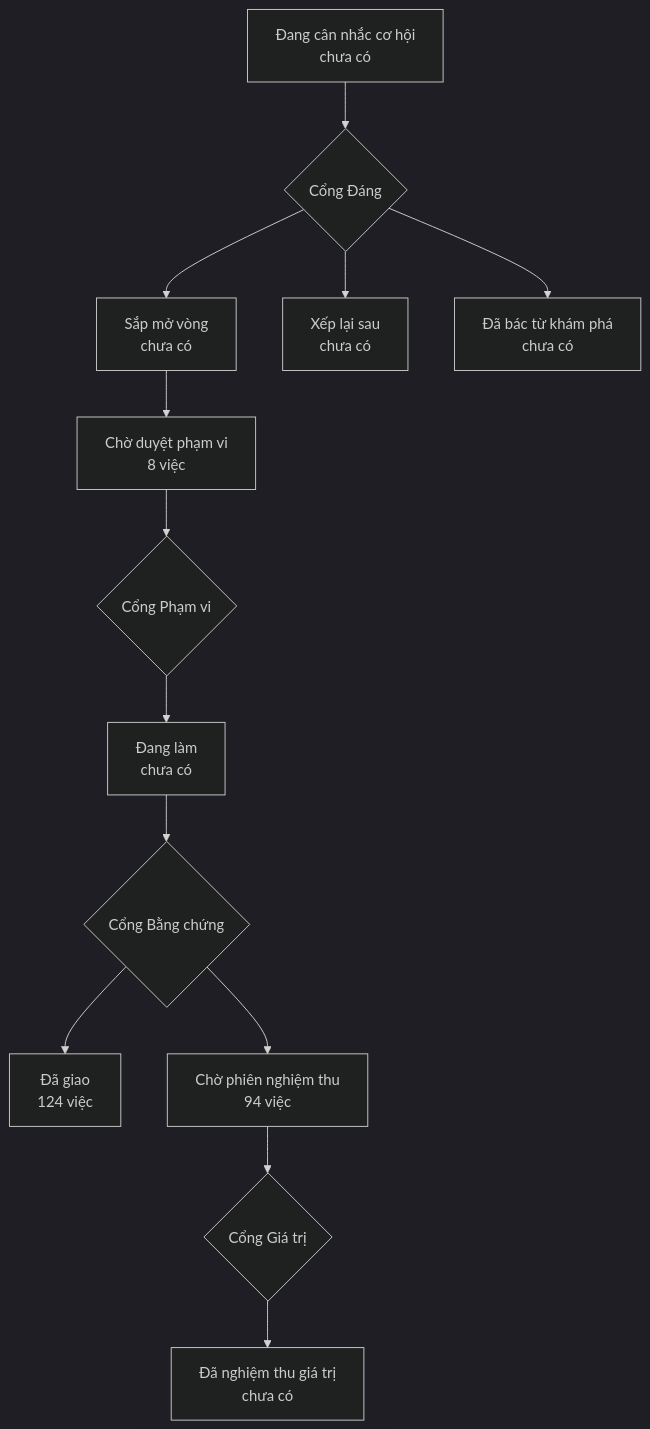
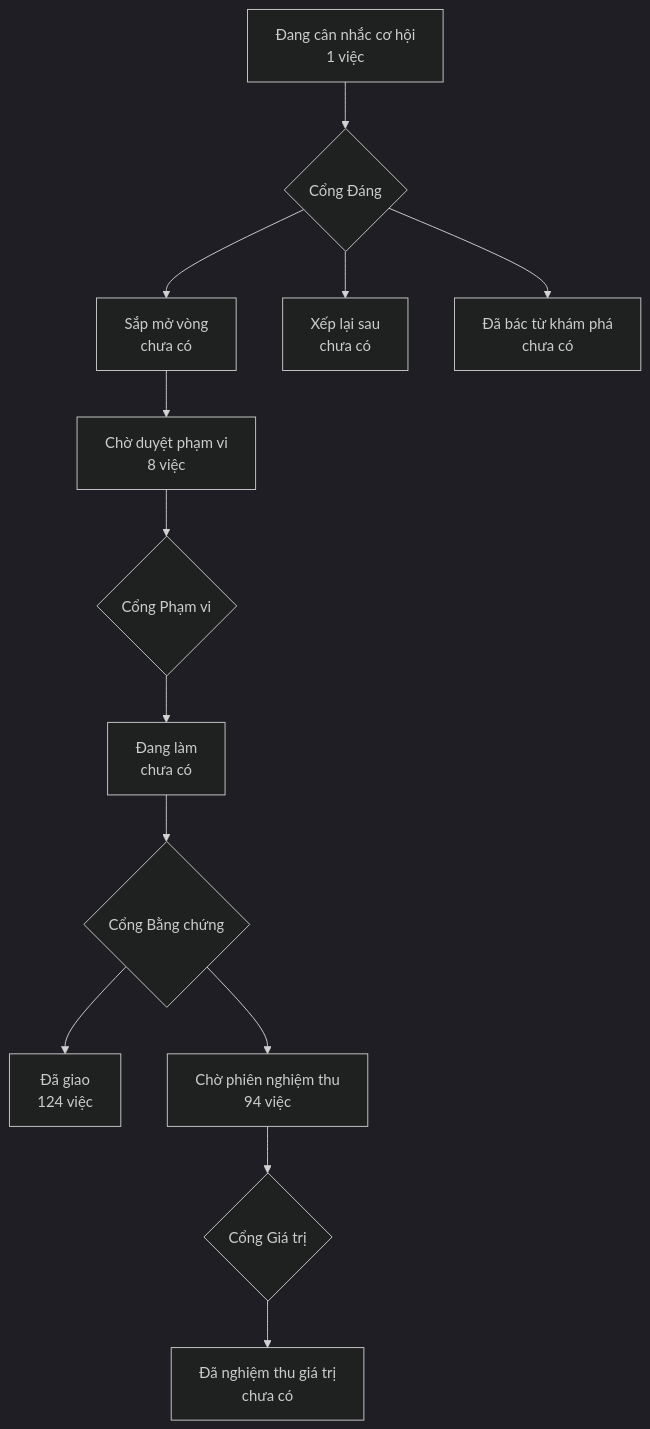
The diagram in PRODUCT-MAP.md (phanlemanh/onehub-invest), drawn with Mermaid (dark theme) before and after one commit. The commit also changed other lines of this file and 3 other files, not shown here.

````diff
--- a/PRODUCT-MAP.md
+++ b/PRODUCT-MAP.md
@@ -7,12 +7,12 @@
 ```mermaid
 flowchart TD
-  A["Đang cân nhắc cơ hội<br/>chưa có"] --> GD{"Cổng Đáng"}
+  A["Đang cân nhắc cơ hội<br/>1 việc"] --> GD{"Cổng Đáng"}
   GD --> B["Sắp mở vòng<br/>chưa có"]
   GD --> XL["Xếp lại sau<br/>chưa có"]
   GD --> DB["Đã bác từ khám phá<br/>chưa có"]
   B --> CD["Chờ duyệt phạm vi<br/>8 việc"] --> GP{"Cổng Phạm vi"}
   GP --> DL["Đang làm<br/>chưa có"] --> GB{"Cổng Bằng chứng"}
   GB --> DG["Đã giao<br/>124 việc"]
   GB --> CN["Chờ phiên nghiệm thu<br/>94 việc"] --> GG{"Cổng Giá trị"}
   GG --> NT["Đã nghiệm thu giá trị<br/>chưa có"]
 ```
````
